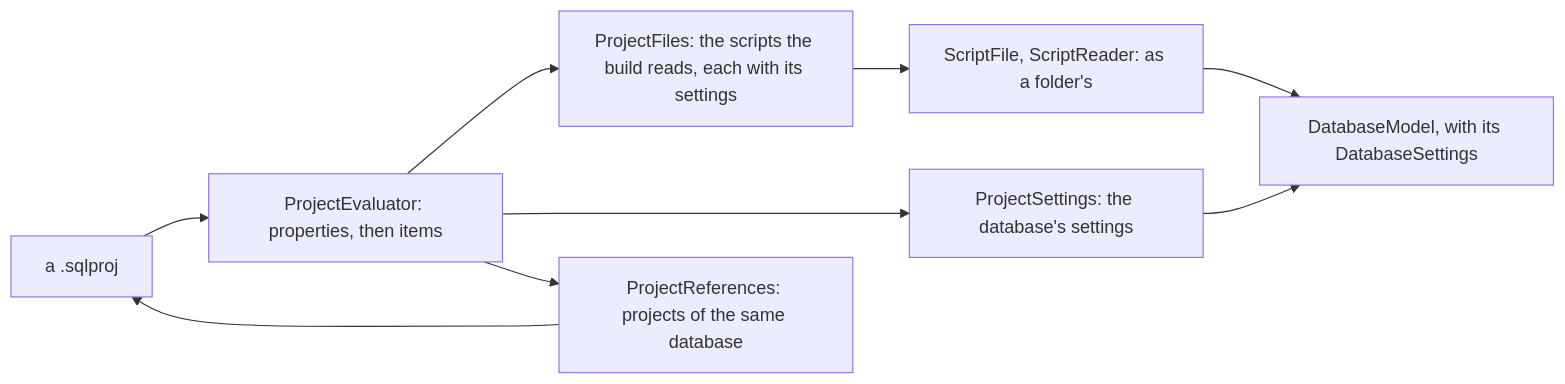
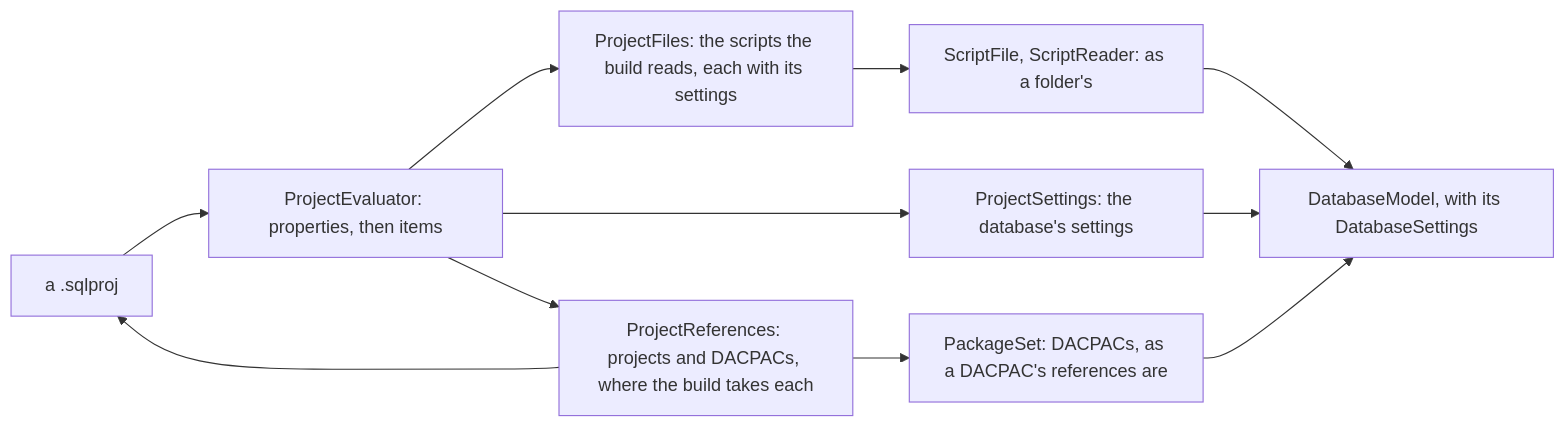
One commit to haruspex-tools/haruspex changed the third of 3 diagrams in src/Haruspex.SqlServer.Sources/README.md. Above: the diagram before and after it, drawn with Mermaid. The commit also changed other lines of this file and 47 other files, not shown here.

````diff
--- a/src/Haruspex.SqlServer.Sources/README.md
+++ b/src/Haruspex.SqlServer.Sources/README.md
@@ -48,11 +48,13 @@
 ```mermaid
 flowchart LR
     project["a .sqlproj"] --> evaluated["ProjectEvaluator: properties, then items"]
     evaluated --> files["ProjectFiles: the scripts the build reads, each with its settings"]
     evaluated --> settings["ProjectSettings: the database's settings"]
-    evaluated --> refs["ProjectReferences: projects of the same database"]
+    evaluated --> refs["ProjectReferences: projects and DACPACs, where the build takes each"]
     refs --> project
+    refs --> packages["PackageSet: DACPACs, as a DACPAC's references are"]
     files --> scripts["ScriptFile, ScriptReader: as a folder's"]
     scripts --> model["DatabaseModel, with its DatabaseSettings"]
+    packages --> model
     settings --> model
 ```
````
